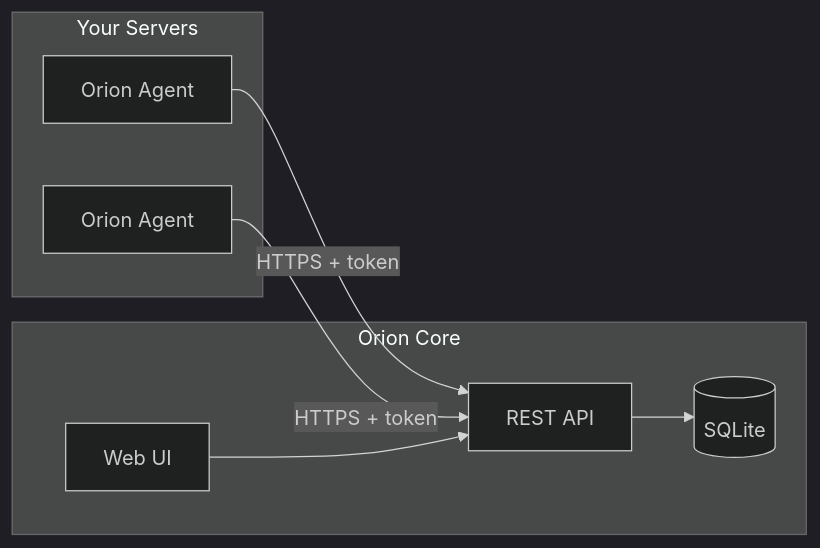
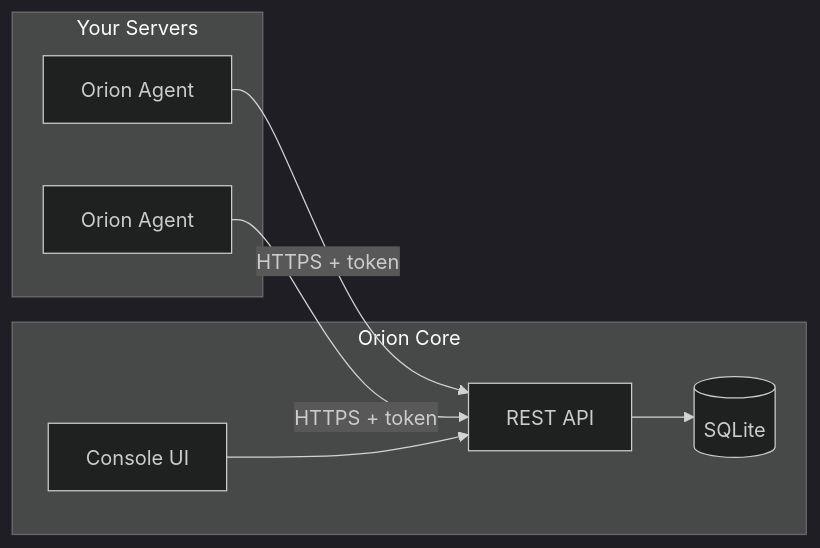
One commit to sunday-studio/orion changed the diagram in README.md. Above: the diagram before and after it, drawn with Mermaid (dark theme). The commit also changed other lines of this file and 38 other files, not shown here.

First line of the commit message:
chore(console): rename web app

````diff
--- a/README.md
+++ b/README.md
@@ -11,16 +11,16 @@
 ```mermaid
 flowchart LR
     subgraph servers [Your Servers]
         A1[Orion Agent]
         A2[Orion Agent]
     end
     subgraph central [Orion Core]
         API[REST API]
         DB[(SQLite)]
-        UI[Web UI]
+        UI[Console UI]
     end
     A1 -->|HTTPS + token| API
     A2 -->|HTTPS + token| API
     API --> DB
     UI --> API
 ```
````
